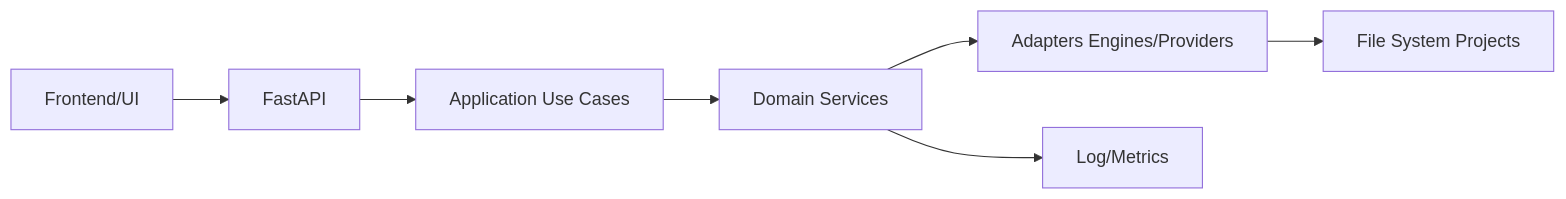
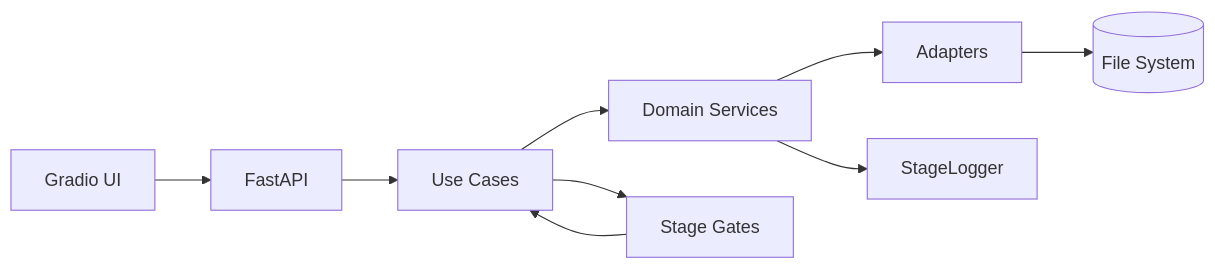
The second of 2 diagrams in README.md (rickchiod-hash/galFlowAI), drawn with Mermaid before and after one commit. The commit also changed other lines of this file, not shown here.

Commit message:
docs: update README to padrao nota 1000 — stage gates, prompt reviewer, 1165 tests

````diff
--- a/README.md
+++ b/README.md
@@ -129,9 +204,11 @@
 ```mermaid
 graph LR
-    UI[Frontend/UI] --> API[FastAPI]
-    API --> APP[Application Use Cases]
-    APP --> SVC[Domain Services]
-    SVC --> ADP[Adapters Engines/Providers]
-    ADP --> FS[File System Projects]
-    SVC --> LOG[Log/Metrics]
+    UI[Gradio UI] --> API[FastAPI]
+    API --> UC[Use Cases]
+    UC --> DOM[Domain Services]
+    UC --> GATES[Stage Gates]
+    DOM --> ADP[Adapters]
+    ADP --> FS[(File System)]
+    DOM --> LOG[StageLogger]
+    GATES --> UC
 ```
````
